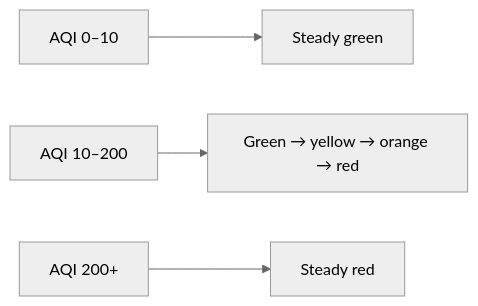
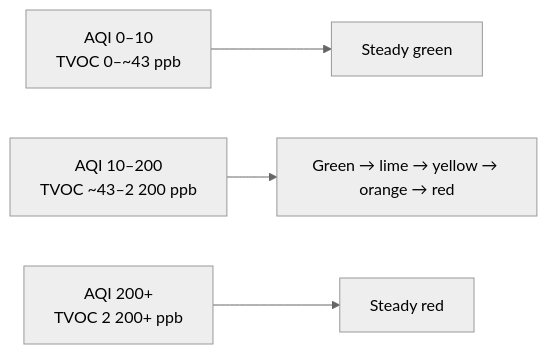
The diagram in README.md (yehudawe/AirCube), drawn with Mermaid (neutral theme) before and after one commit. The commit also changed other lines of this file and 1 other file, not shown here.

First line of the commit message:
Update LED color reference tables to match AQI-driven gradient.

````diff
--- a/README.md
+++ b/README.md
@@ -179,6 +183,6 @@
 ```mermaid
 flowchart LR
-    A["AQI 0–10"] --> G["Steady green"]
-    B["AQI 10–200"] --> GR["Green → yellow → orange → red"]
-    C["AQI 200+"] --> R["Steady red"]
+    A["AQI 0–10<br/>TVOC 0–~43 ppb"] --> G["Steady green"]
+    B["AQI 10–200<br/>TVOC ~43–2 200 ppb"] --> GR["Green → lime → yellow → orange → red"]
+    C["AQI 200+<br/>TVOC 2 200+ ppb"] --> R["Steady red"]
 ```
````
